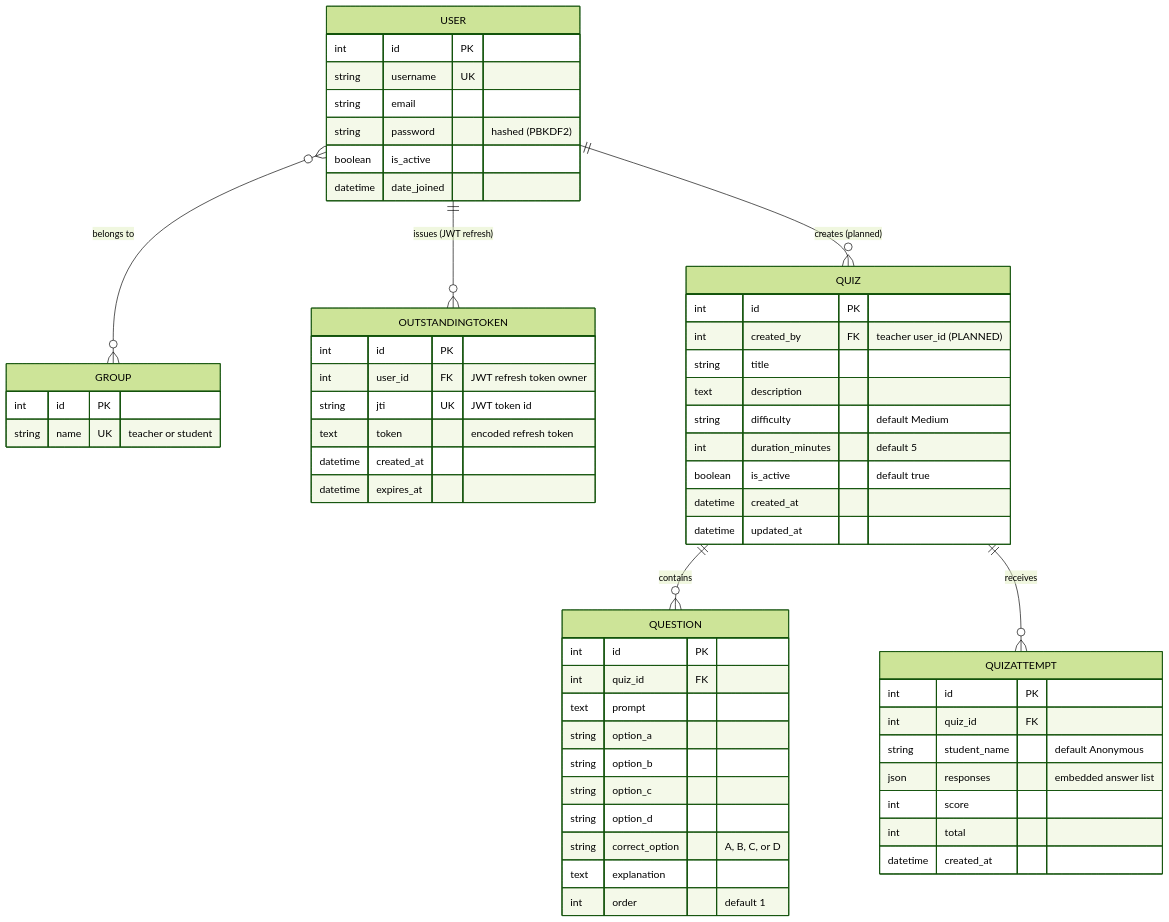
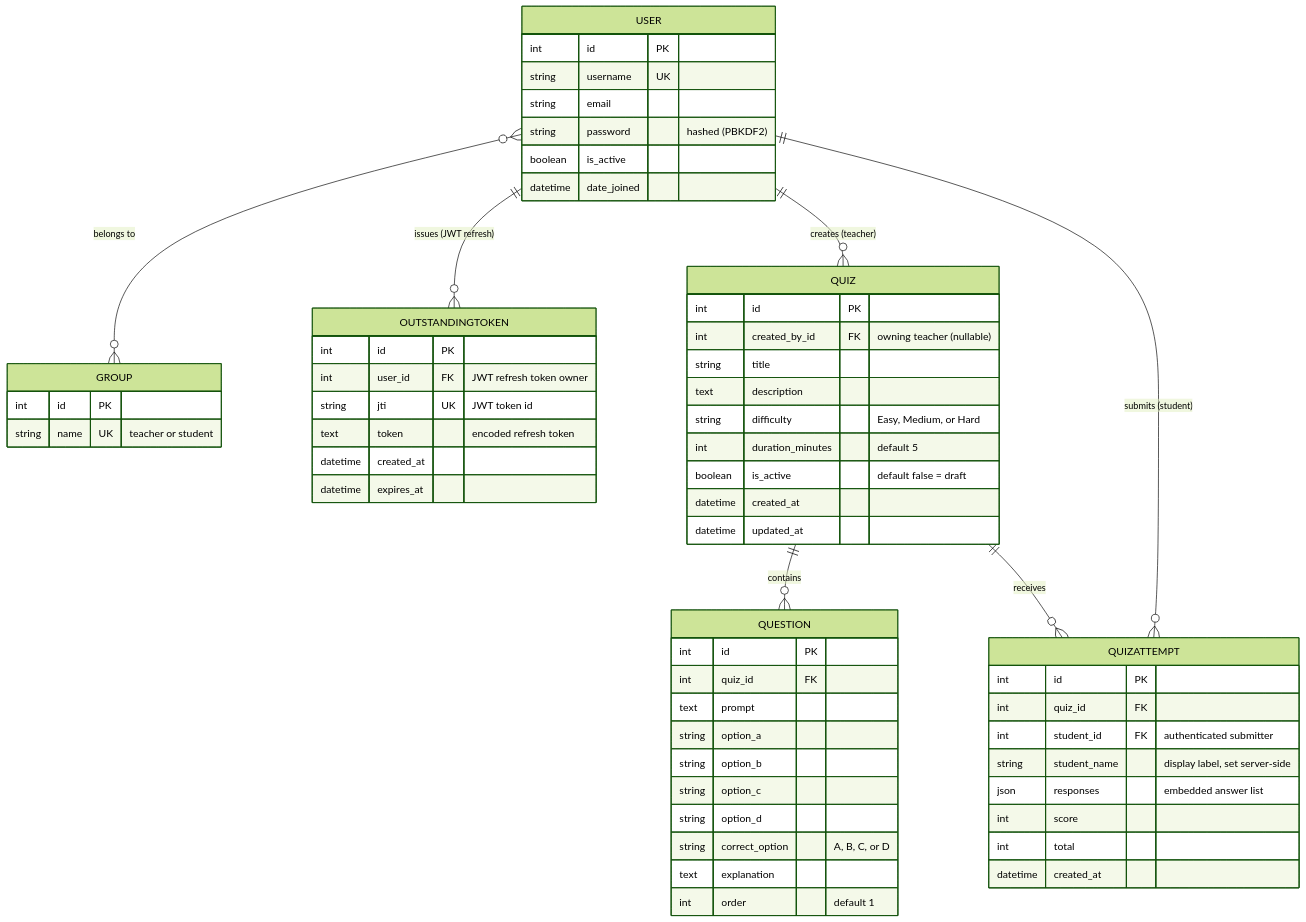
Before and after one commit to theuglyhaxor/CSE4204-8D-T04-SMART-QUIZ-GENERATOR: the diagram in diagrams/CSE4204-8D-T04_ER-DIAGRAM.md, drawn with Mermaid (forest theme). The commit also changed other lines of this file and 78 other files, not shown here.

````diff
--- a/diagrams/CSE4204-8D-T04_ER-DIAGRAM.md
+++ b/diagrams/CSE4204-8D-T04_ER-DIAGRAM.md
@@ -24,66 +25,68 @@
 ```mermaid
 erDiagram
     USER }o--o{ GROUP : "belongs to"
     USER ||--o{ OUTSTANDINGTOKEN : "issues (JWT refresh)"
-    USER ||--o{ QUIZ : "creates (planned)"
+    USER ||--o{ QUIZ : "creates (teacher)"
+    USER ||--o{ QUIZATTEMPT : "submits (student)"
     QUIZ ||--o{ QUESTION : "contains"
     QUIZ ||--o{ QUIZATTEMPT : "receives"
 
     USER {
         int id PK
         string username UK
         string email
         string password "hashed (PBKDF2)"
         boolean is_active
         datetime date_joined
     }
 
     GROUP {
         int id PK
         string name UK "teacher or student"
     }
 
     OUTSTANDINGTOKEN {
         int id PK
         int user_id FK "JWT refresh token owner"
         string jti UK "JWT token id"
         text token "encoded refresh token"
         datetime created_at
         datetime expires_at
     }
 
     QUIZ {
         int id PK
-        int created_by FK "teacher user_id (PLANNED)"
+        int created_by_id FK "owning teacher (nullable)"
         string title
         text description
-        string difficulty "default Medium"
+        string difficulty "Easy, Medium, or Hard"
         int duration_minutes "default 5"
-        boolean is_active "default true"
+        boolean is_active "default false = draft"
         datetime created_at
         datetime updated_at
     }
 
     QUESTION {
         int id PK
         int quiz_id FK
         text prompt
         string option_a
         string option_b
         string option_c
         string option_d
         string correct_option "A, B, C, or D"
         text explanation
         int order "default 1"
     }
 
     QUIZATTEMPT {
         int id PK
         int quiz_id FK
-        string student_name "default Anonymous"
+        int student_id FK "authenticated submitter"
+        string student_name "display label, set server-side"
         json responses "embedded answer list"
         int score
         int total
         datetime created_at
     }
 ```
````
